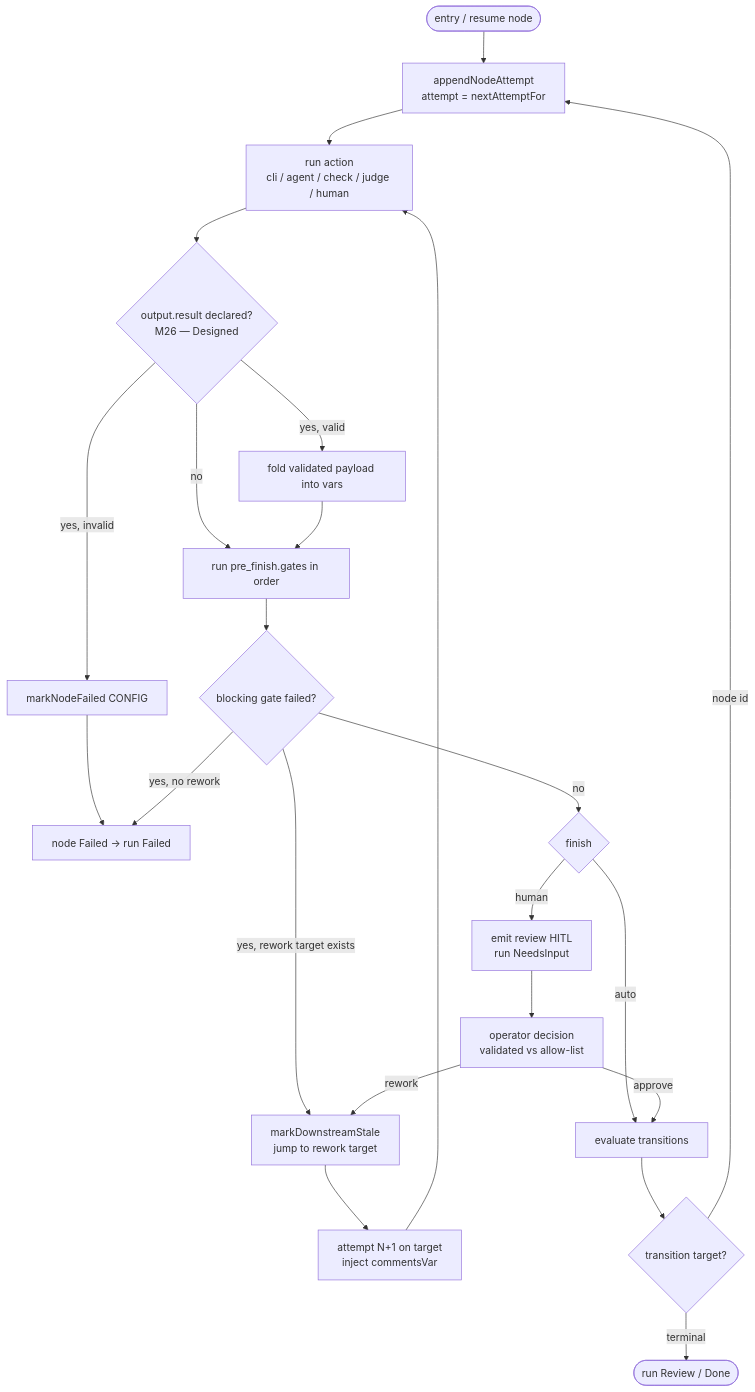
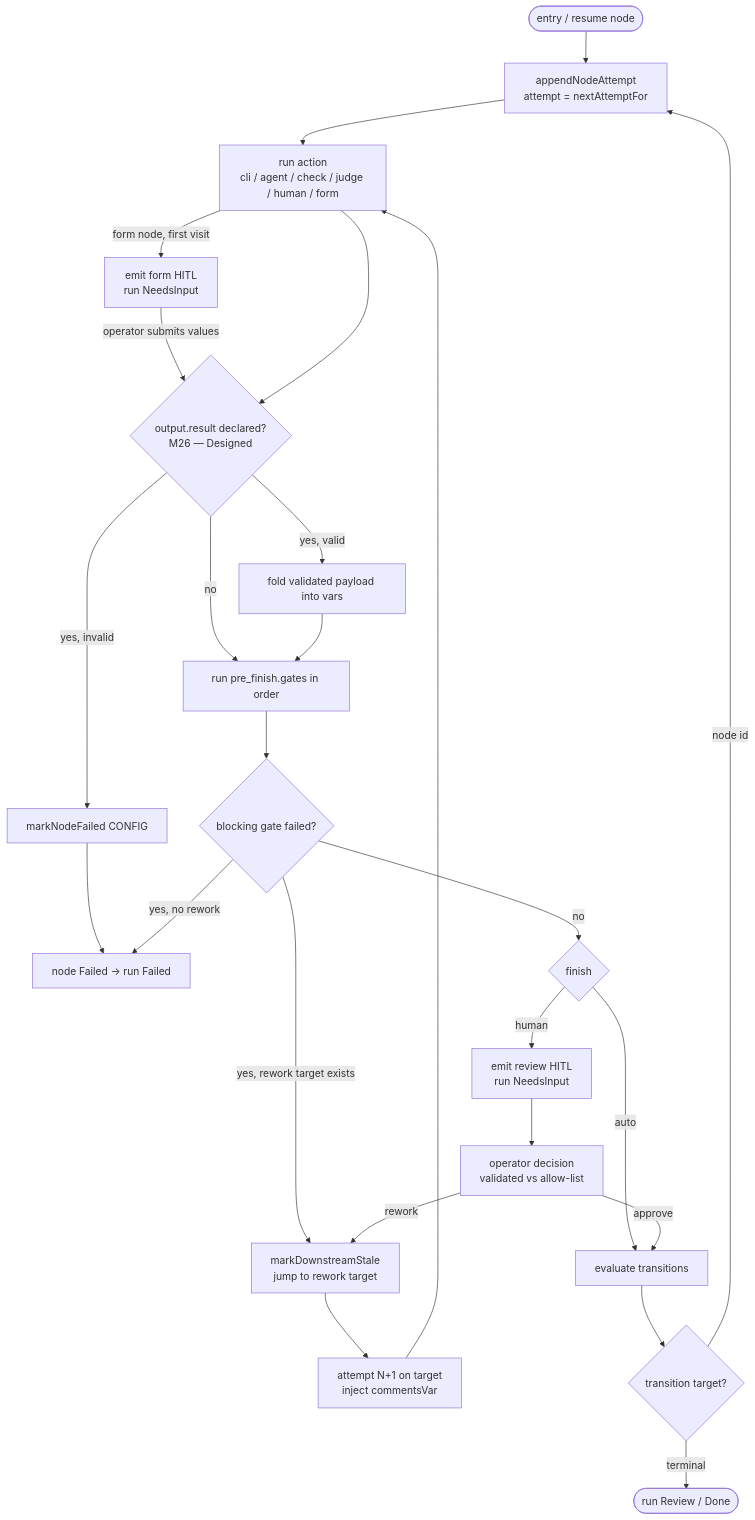
Before and after one commit to maister-dev/maister: the third of 6 diagrams in docs/system-analytics/flow-graph.md, drawn with Mermaid. The commit also changed other lines of this file and 23 other files, not shown here.

First line of the commit message:
feat(aif): form-collect node, bundle materialization + /aif-review fixes

````diff
--- a/docs/system-analytics/flow-graph.md
+++ b/docs/system-analytics/flow-graph.md
@@ -129,25 +129,27 @@
 ```mermaid
 flowchart TD
     Entry([entry / resume node]) --> Append[appendNodeAttempt<br/>attempt = nextAttemptFor]
-    Append --> Act[run action<br/>cli / agent / check / judge / human]
+    Append --> Act[run action<br/>cli / agent / check / judge / human / form]
+    Act -- form node, first visit --> FormHitl[emit form HITL<br/>run NeedsInput]
+    FormHitl -- operator submits values --> Validate
     Act --> Validate{output.result declared?<br/>M26 — Designed}
     Validate -- no --> Gates[run pre_finish.gates in order]
     Validate -- yes, valid --> FoldVars[fold validated payload into vars]
     Validate -- yes, invalid --> FailCfg[markNodeFailed CONFIG]
     FoldVars --> Gates
     FailCfg --> Fail[node Failed -> run Failed]
     Gates --> Block{blocking gate failed?}
     Block -- yes, rework target exists --> Stale[markDownstreamStale<br/>jump to rework target]
     Block -- yes, no rework --> Fail[node Failed -> run Failed]
     Block -- no --> Finish{finish}
     Finish -- auto --> Pick[evaluate transitions]
     Finish -- human --> Hitl[emit review HITL<br/>run NeedsInput]
     Hitl --> Decision[operator decision<br/>validated vs allow-list]
     Decision -- approve --> Pick
     Decision -- rework --> Stale
     Stale --> NextAttempt[attempt N+1 on target<br/>inject commentsVar]
     NextAttempt --> Act
     Pick --> More{transition target?}
     More -- node id --> Append
     More -- terminal --> Done([run Review / Done])
 ```
````
